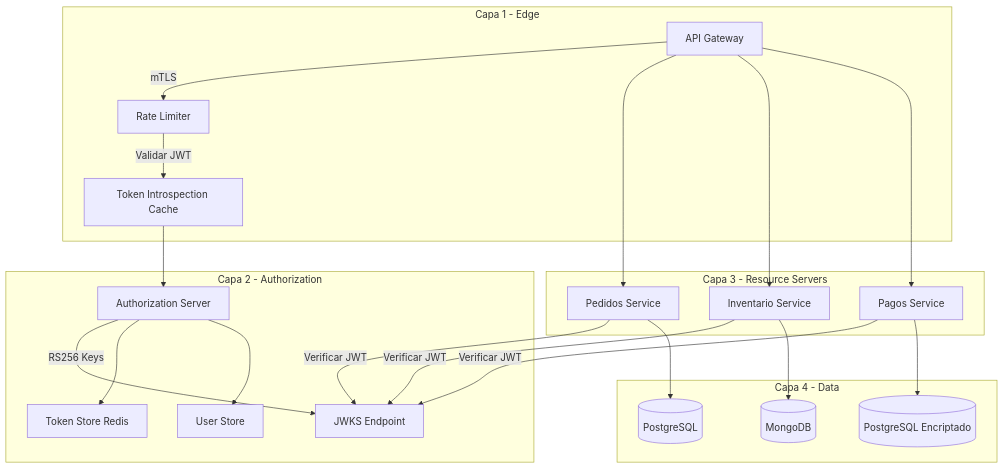
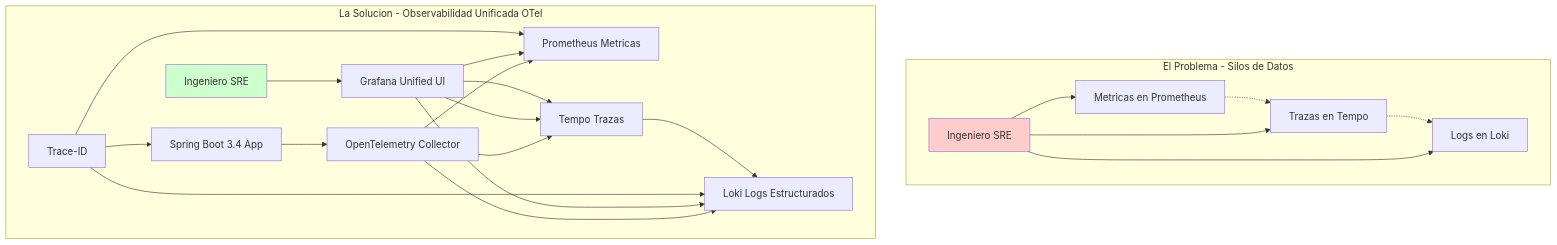
Before and after one commit to Joaquinriosheredia/DAM-Java-Mastery: the first of 3 diagrams in 06_Seguridad/jwt_oauth2_y_zero_trust_security_con_java_21_STAFF.md, drawn with Mermaid. The commit also changed other lines of this file, not shown here.

Commit message:
jwt_oauth2_y_zero_trust_security_con_java_21_STAFF.md

````diff
--- a/06_Seguridad/jwt_oauth2_y_zero_trust_security_con_java_21_STAFF.md
+++ b/06_Seguridad/jwt_oauth2_y_zero_trust_security_con_java_21_STAFF.md
@@ -83,26 +76,31 @@
 ```mermaid
 graph TD
-    subgraph Capa 1 - Edge
-        A[API Gateway] -->|mTLS| B[Rate Limiter]
-        B -->|Validar JWT| C[Token Introspection Cache]
+    subgraph "El Problema - Silos de Datos"
+        A[Metricas en Prometheus] -.-> B[Trazas en Tempo]
+        B -.-> C[Logs en Loki]
+        D[Ingeniero SRE] --> A
+        D --> B
+        D --> C
+        style D fill:#ffcccc
     end
-    subgraph Capa 2 - Authorization
-        D[Authorization Server] -->|RS256 Keys| E[JWKS Endpoint]
-        D --> F[Token Store Redis]
-        D --> G[User Store]
+
+    subgraph "La Solucion - Observabilidad Unificada OTel"
+        E[Spring Boot 3.4 App] --> F[OpenTelemetry Collector]
+        F --> G[Prometheus Metricas]
+        F --> H[Tempo Trazas]
+        F --> I[Loki Logs Estructurados]
+        
+        J[Grafana Unified UI] --> G
+        J --> H
+        J --> I
+        
+        K[Trace-ID] --> E
+        K --> I
+        K --> G
+        
+        L[Ingeniero SRE] --> J
+        J --> H
+        H --> I
+        style L fill:#ccffcc
     end
-    subgraph Capa 3 - Resource Servers
-        H[Pedidos Service] -->|Verificar JWT| E
-        I[Inventario Service] -->|Verificar JWT| E
-        J[Pagos Service] -->|Verificar JWT| E
-    end
-    subgraph Capa 4 - Data
-        H --> K[(PostgreSQL)]
-        I --> L[(MongoDB)]
-        J --> M[(PostgreSQL Encriptado)]
-    end
-    C --> D
-    A --> H
-    A --> I
-    A --> J
 ```
````
